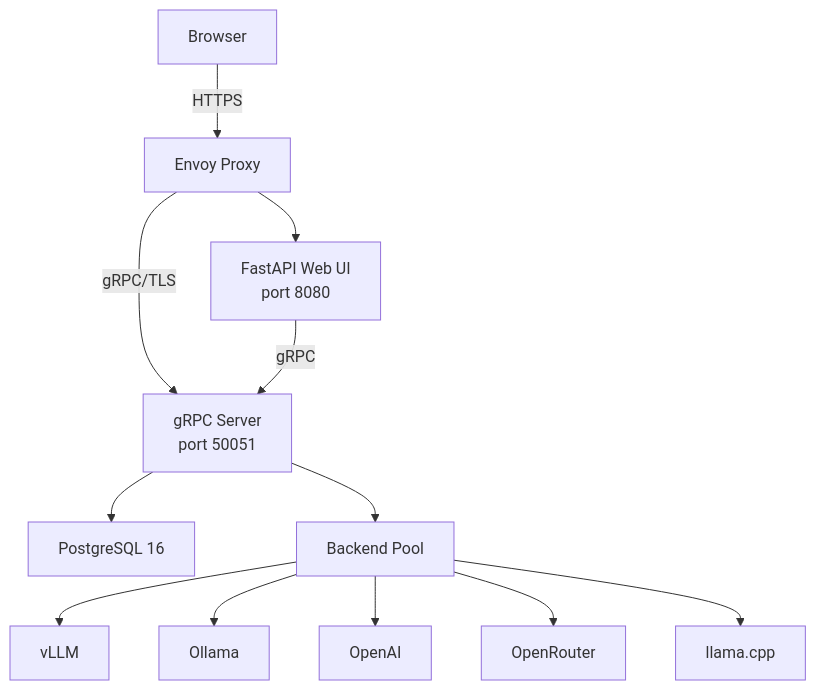
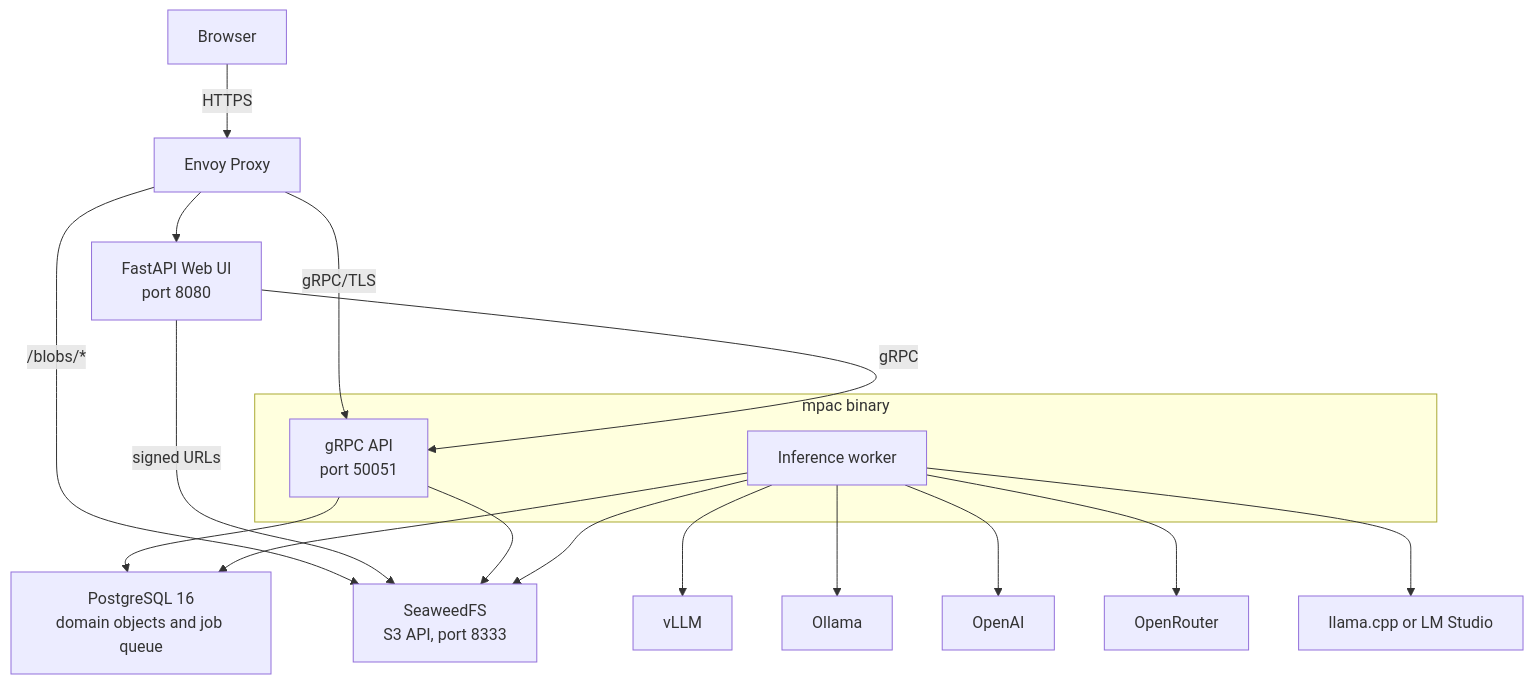
The first of 8 diagrams in docs/mpac_guide.md (pelidum/mpac), drawn with Mermaid before and after one commit. The commit also changed other lines of this file and 286 other files, not shown here.

First line of the commit message:
Replace the Python server with a Rust backend

````diff
--- a/docs/mpac_guide.md
+++ b/docs/mpac_guide.md
@@ -139,26 +157,33 @@
 ```mermaid
 flowchart TB
     Browser["Browser"]
     Envoy["Envoy Proxy"]
     UI["FastAPI Web UI\nport 8080"]
-    Server["gRPC Server\nport 50051"]
-    DB["PostgreSQL 16"]
-    Pool["Backend Pool"]
+    subgraph Mpac["mpac binary"]
+        Server["gRPC API\nport 50051"]
+        Worker["Inference worker"]
+    end
+    DB["PostgreSQL 16\ndomain objects and job queue"]
+    Blob["SeaweedFS\nS3 API, port 8333"]
     VLLM["vLLM"]
     Ollama["Ollama"]
     OpenAI["OpenAI"]
     OpenRouter["OpenRouter"]
-    LlamaCpp["llama.cpp"]
+    LlamaCpp["llama.cpp or LM Studio"]
 
     Browser -->|HTTPS| Envoy
     Envoy --> UI
-    Envoy -->|gRPC/TLS| Server
+    Envoy -->|"gRPC/TLS"| Server
+    Envoy -->|"/blobs/*"| Blob
     UI -->|gRPC| Server
+    UI -->|"signed URLs"| Blob
     Server --> DB
-    Server --> Pool
-    Pool --> VLLM
-    Pool --> Ollama
-    Pool --> OpenAI
-    Pool --> OpenRouter
-    Pool --> LlamaCpp
+    Server --> Blob
+    Worker --> DB
+    Worker --> Blob
+    Worker --> VLLM
+    Worker --> Ollama
+    Worker --> OpenAI
+    Worker --> OpenRouter
+    Worker --> LlamaCpp
 ```
````
